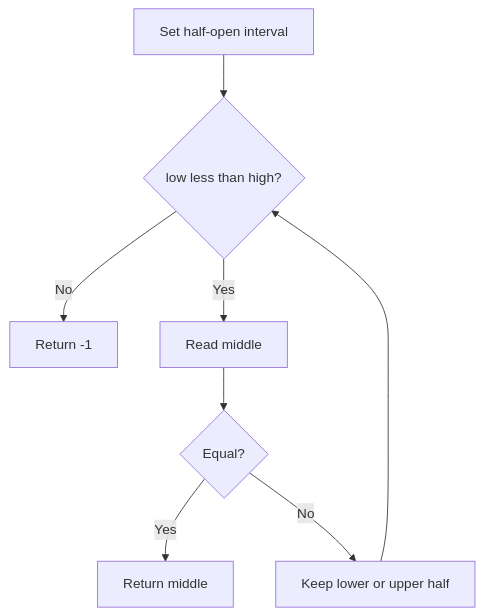
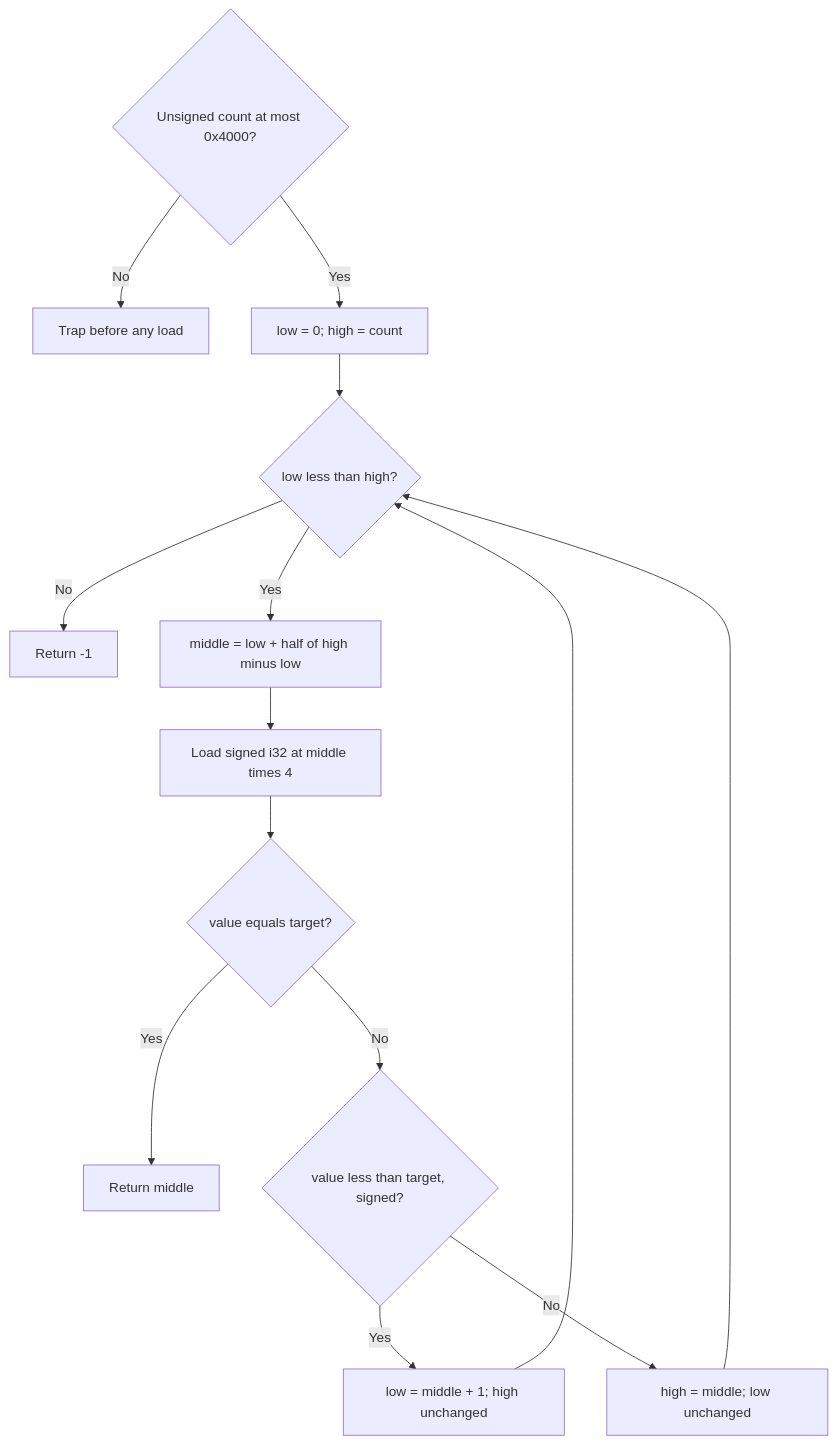
Before and after one commit to macchiato-dev/macchiato: the diagram in dev/microwasm/examples/09-binary-search.md, drawn with Mermaid. The commit also changed other lines of this file and 2 other files, not shown here.

````diff
--- a/dev/microwasm/examples/09-binary-search.md
+++ b/dev/microwasm/examples/09-binary-search.md
@@ -20,10 +20,16 @@
 ```mermaid
 flowchart TD
-    A[Set half-open interval] --> B{low less than high?}
+    V{Unsigned count at most 0x4000?} -- No --> X[Trap before any load]
+    V -- Yes --> A[low = 0; high = count]
+    A --> B{low less than high?}
     B -- No --> N[Return -1]
-    B -- Yes --> C[Read middle]
-    C --> D{Equal?}
+    B -- Yes --> M[middle = low + half of high minus low]
+    M --> C[Load signed i32 at middle times 4]
+    C --> D{value equals target?}
     D -- Yes --> R[Return middle]
-    D -- No --> E[Keep lower or upper half]
-    E --> B
+    D -- No --> E{value less than target, signed?}
+    E -- Yes --> U[low = middle + 1; high unchanged]
+    E -- No --> L[high = middle; low unchanged]
+    U --> B
+    L --> B
 ```
````
